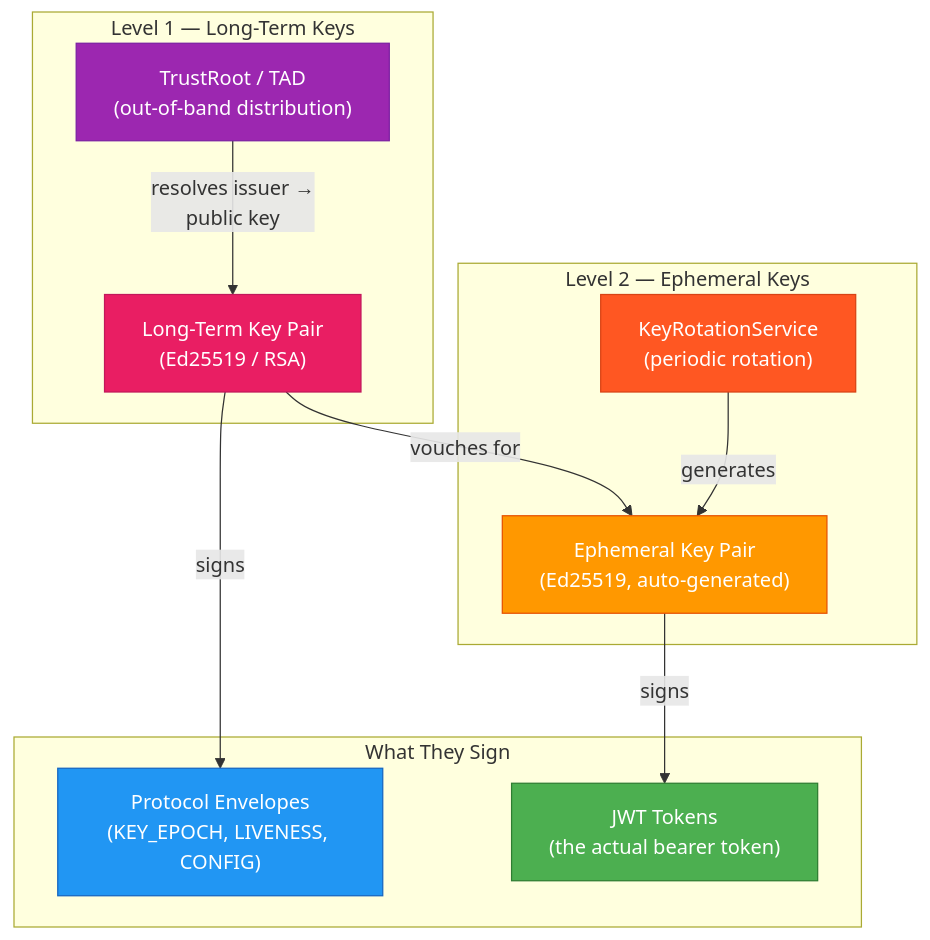
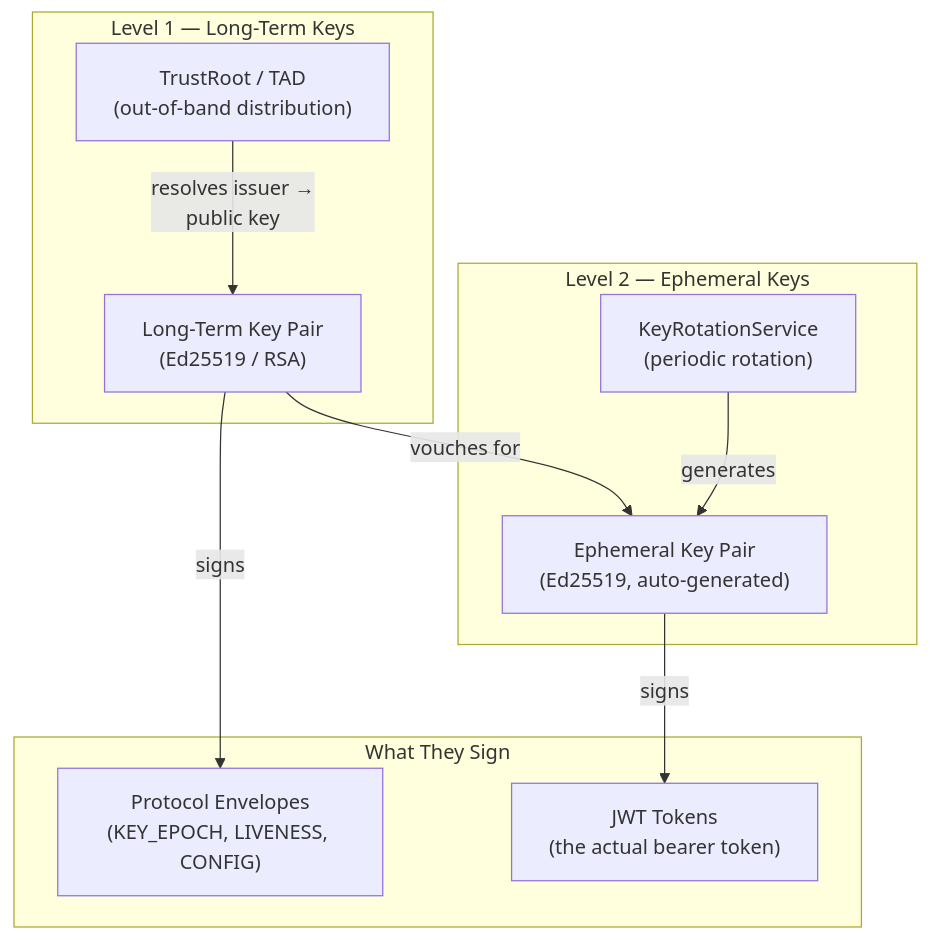
One commit to cyfko/veridot changed the first of 6 diagrams in docs/docs/learn/how-veridot-works.md. Above: the diagram before and after it, drawn with Mermaid. The commit also changed other lines of this file and 25 other files, not shown here.

First line of the commit message:
style: remove colorful fill styles from Mermaid diagrams

````diff
--- a/docs/docs/learn/how-veridot-works.md
+++ b/docs/docs/learn/how-veridot-works.md
@@ -23,30 +23,24 @@
 ```mermaid
 graph TB
     subgraph "Level 1 — Long-Term Keys"
         LT["Long-Term Key Pair<br/>(Ed25519 / RSA)"]
         TR["TrustRoot / TAD<br/>(out-of-band distribution)"]
     end
 
     subgraph "Level 2 — Ephemeral Keys"
         EK["Ephemeral Key Pair<br/>(Ed25519, auto-generated)"]
         KRS["KeyRotationService<br/>(periodic rotation)"]
     end
 
     subgraph "What They Sign"
         ENV["Protocol Envelopes<br/>(KEY_EPOCH, LIVENESS, CONFIG)"]
         JWT["JWT Tokens<br/>(the actual bearer token)"]
     end
 
     TR -->|"resolves issuer →<br/>public key"| LT
     LT -->|"signs"| ENV
     KRS -->|"generates"| EK
     EK -->|"signs"| JWT
     LT -->|"vouches for"| EK
 
-    style LT fill:#e91e63,color:#fff,stroke:#c2185b
-    style TR fill:#9c27b0,color:#fff,stroke:#7b1fa2
-    style EK fill:#ff9800,color:#fff,stroke:#e65100
-    style KRS fill:#ff5722,color:#fff,stroke:#d84315
-    style ENV fill:#2196f3,color:#fff,stroke:#1565c0
-    style JWT fill:#4caf50,color:#fff,stroke:#2e7d32
 ```
````
